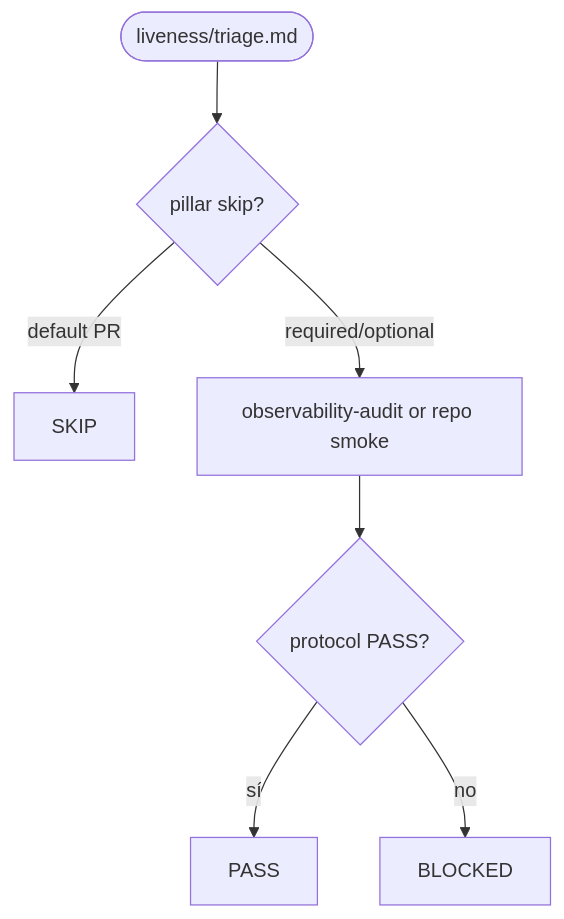
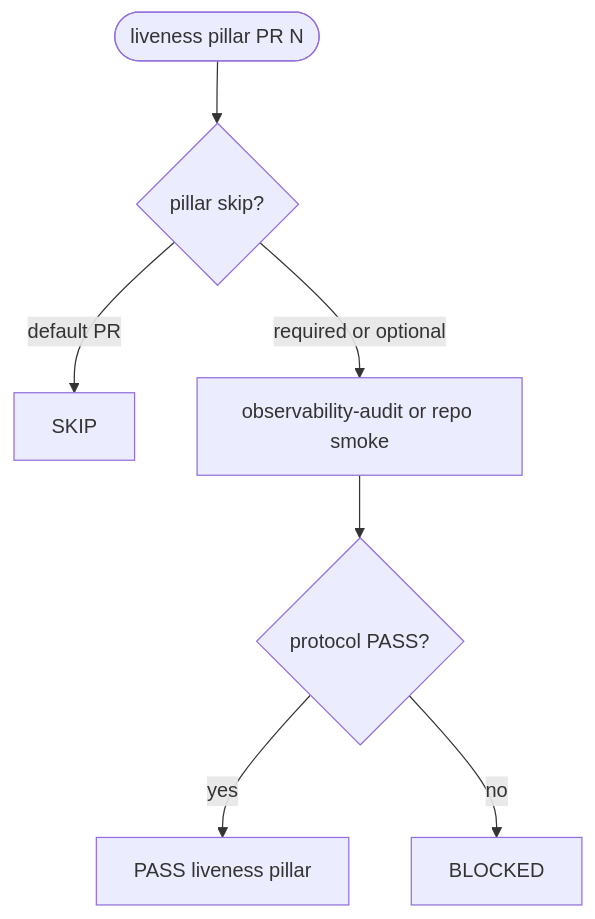
One commit to chimeranext/better-toolkits changed the first of 2 diagrams in toolkits/assurance-toolkit/references/liveness/triage.md. Above: the diagram before and after it, drawn with Mermaid. The commit also changed 5 other files, not shown here.

First line of the commit message:
fix(assurance): reconnect pillar triage Mermaid start nodes (issue #90)

````diff
--- a/toolkits/assurance-toolkit/references/liveness/triage.md
+++ b/toolkits/assurance-toolkit/references/liveness/triage.md
@@ -16,9 +16,10 @@
 ```mermaid
 flowchart TD
-  start([liveness/triage.md]) --> d{pillar skip?}
-  d -->|default PR| sk[SKIP]
-  d -->|required/optional| a[observability-audit or repo smoke]
-  a --> v{protocol PASS?}
-  v -->|sí| p[PASS]
-  v -->|no| b[BLOCKED]
+  start(["liveness pillar PR N"])
+  start --> d{"pillar skip?"}
+  d -->|default PR| sk["SKIP"]
+  d -->|required or optional| a["observability-audit or repo smoke"]
+  a --> v{"protocol PASS?"}
+  v -->|yes| p["PASS liveness pillar"]
+  v -->|no| b["BLOCKED"]
 ```
````
